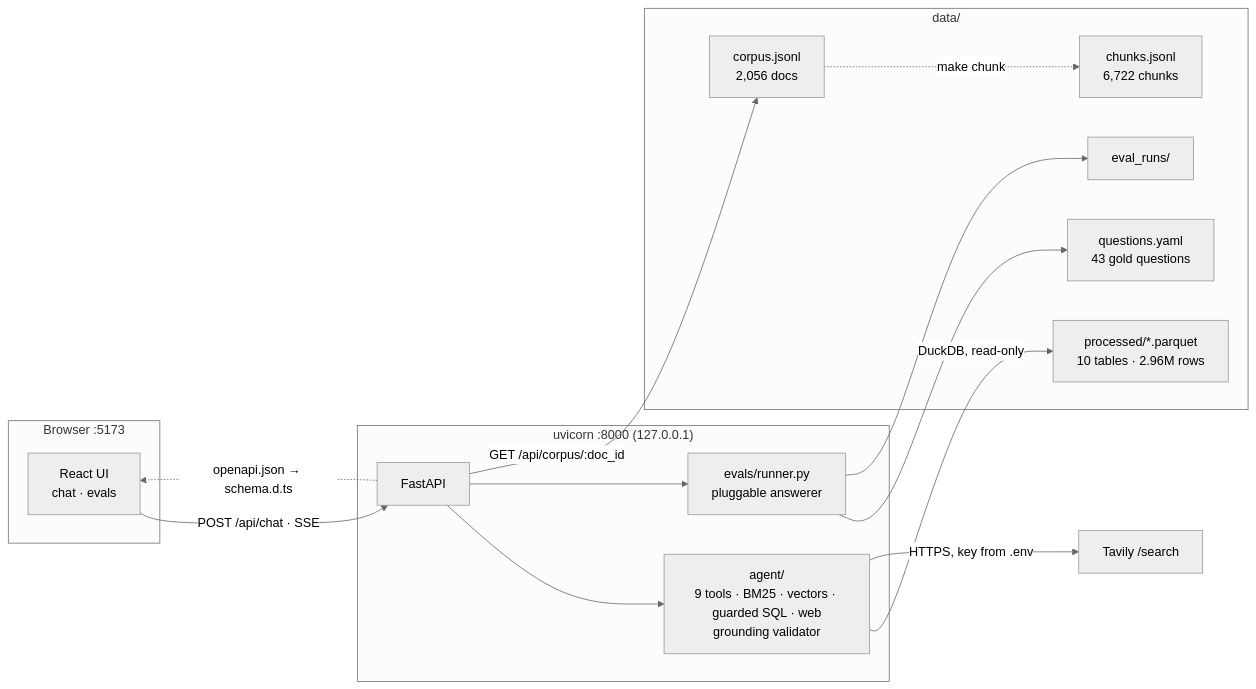
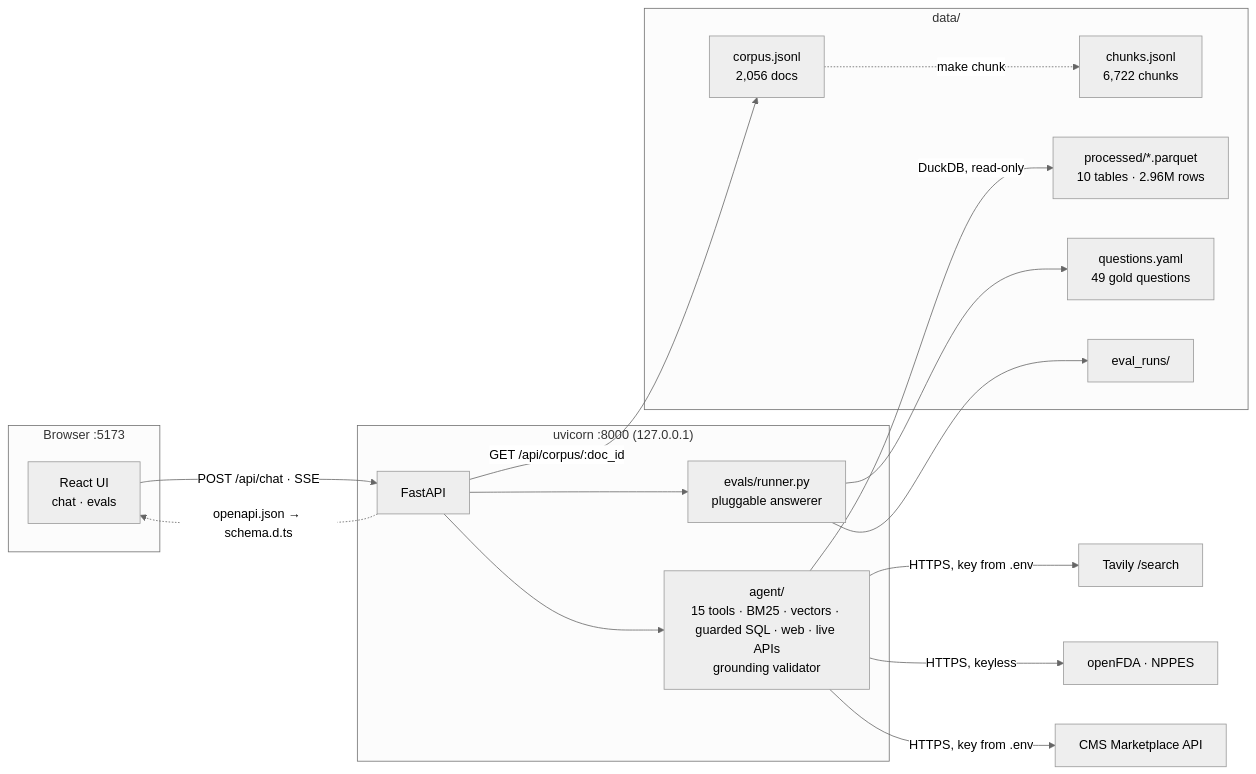
One commit to ohandyya/health-coverage-navigator changed the second of 3 diagrams in README.md. Above: the diagram before and after it, drawn with Mermaid (neutral theme). The commit also changed other lines of this file and 53 other files, not shown here.

First line of the commit message:
Add structured API tools design document and update glossary entries (#20)

````diff
--- a/README.md
+++ b/README.md
@@ -278,30 +311,32 @@
 ```mermaid
 flowchart LR
     subgraph browser["Browser :5173"]
         UI["React UI<br/>chat · evals"]
     end
     subgraph api["uvicorn :8000 (127.0.0.1)"]
         FA["FastAPI"]
-        AGT["agent/<br/>9 tools · BM25 · vectors · guarded SQL · web<br/>grounding validator"]
+        AGT["agent/<br/>15 tools · BM25 · vectors · guarded SQL · web · live APIs<br/>grounding validator"]
         EV["evals/runner.py<br/>pluggable answerer"]
     end
     subgraph disk["data/"]
         CORP["corpus.jsonl<br/>2,056 docs"]
         CHUNK["chunks.jsonl<br/>6,722 chunks"]
         MIR["processed/*.parquet<br/>10 tables · 2.96M rows"]
-        GOLD["questions.yaml<br/>43 gold questions"]
+        GOLD["questions.yaml<br/>49 gold questions"]
         RUNS["eval_runs/"]
     end
 
     UI -->|"POST /api/chat · SSE"| FA
     FA --> AGT
     FA --> EV
     EV --> GOLD
     EV --> RUNS
     FA -->|"GET /api/corpus/:doc_id"| CORP
     AGT -->|DuckDB, read-only| MIR
     AGT -->|"HTTPS, key from .env"| TAV["Tavily /search"]
+    AGT -->|"HTTPS, keyless"| FDA["openFDA · NPPES"]
+    AGT -->|"HTTPS, key from .env"| MKT["CMS Marketplace API"]
     CORP -.->|make chunk| CHUNK
 
     FA -.->|"openapi.json → schema.d.ts"| UI
 ```
````
